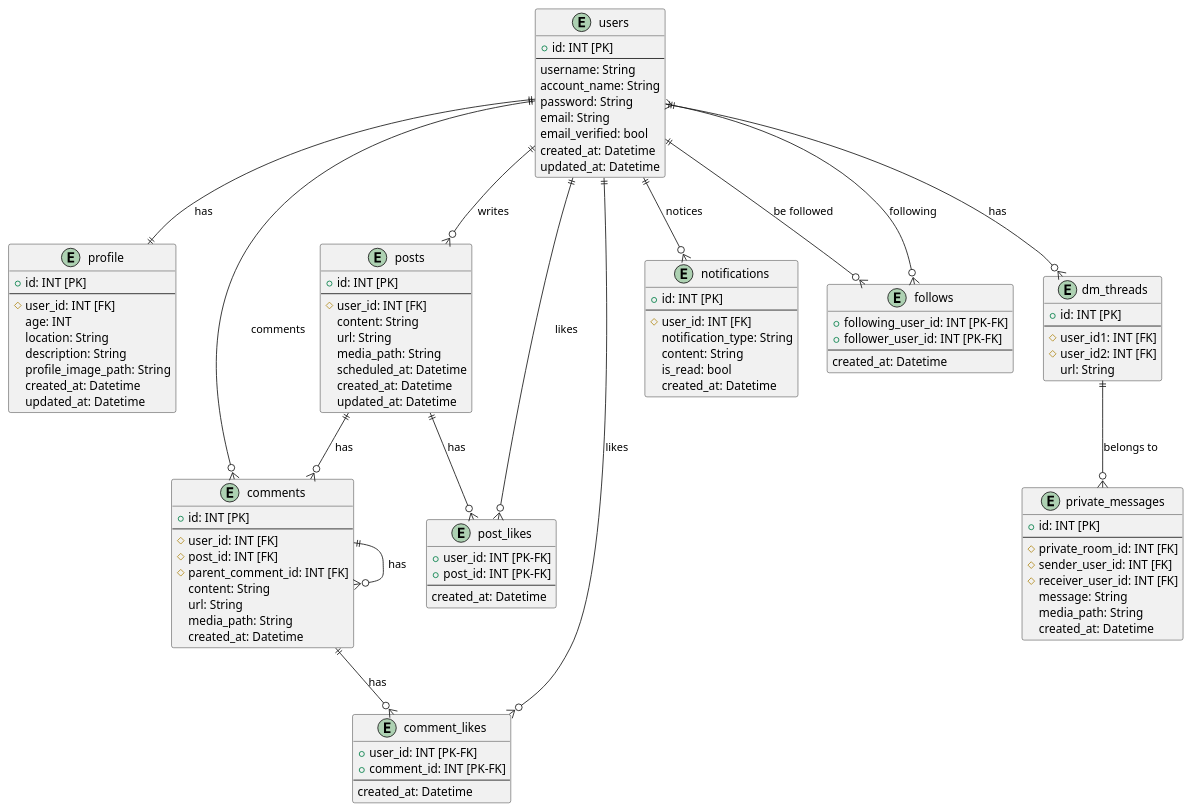
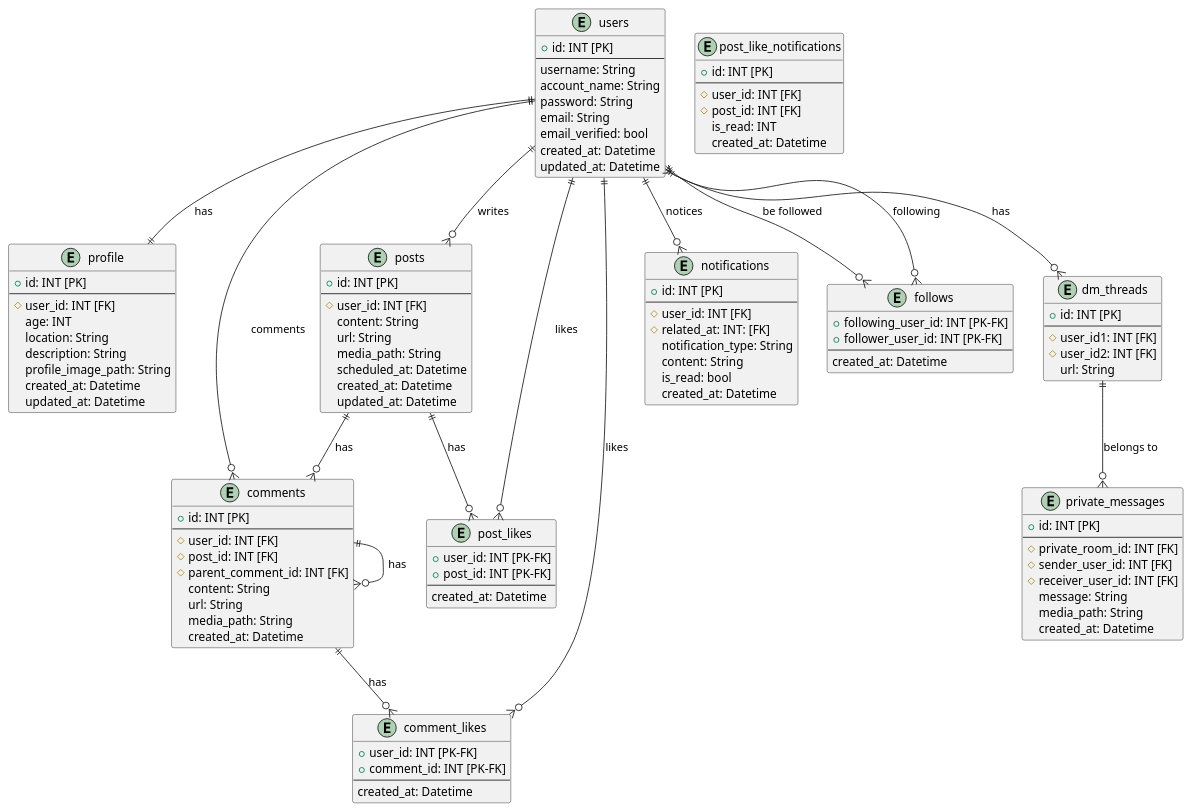
One commit to AkinoJoey/SocialNetworkingService changed the diagram in diagrams/er/er.pu. Above: the diagram before and after it, drawn with PlantUML. The commit also changed 4 other files, not shown here.

Commit message:
post_like_notificationを追加

```diff
--- a/diagrams/er/er.pu
+++ b/diagrams/er/er.pu
@@ -1,117 +1,127 @@
 @startuml er
 
 Entity users{
     + id: INT [PK]
     --
     username: String
     account_name: String
     password: String
     email: String
     email_verified: bool
     created_at: Datetime
     updated_at: Datetime
 }
 
 Entity profile{
     + id: INT [PK]
     --
     # user_id: INT [FK]
     age: INT
     location: String
     description: String
     profile_image_path: String
     created_at: Datetime
     updated_at: Datetime
 }
 
 Entity posts{
     + id: INT [PK]
     --
     # user_id: INT [FK]
     content: String
     url: String
     media_path: String
     scheduled_at: Datetime
     created_at: Datetime
     updated_at: Datetime
 }
 
 Entity comments{
     + id: INT [PK]
     --
     # user_id: INT [FK]
     # post_id: INT [FK]
     # parent_comment_id: INT [FK]
     content: String
     url: String
     media_path: String
     created_at: Datetime
 }
 
 Entity post_likes{
     + user_id: INT [PK-FK]
     + post_id: INT [PK-FK]
     --
     created_at: Datetime
 }
 
 Entity comment_likes{
     + user_id: INT [PK-FK]
     + comment_id: INT [PK-FK]
     --
     created_at: Datetime
 }
 
 Entity notifications{
     + id: INT [PK]
     --
     # user_id: INT [FK]
+    # related_at: INT: [FK]
     notification_type: String
     content: String
     is_read: bool
     created_at: Datetime
 }
 
 Entity follows{
     + following_user_id: INT [PK-FK]
     + follower_user_id: INT [PK-FK]
     --
     created_at: Datetime
 }
 
 Entity dm_threads{
     + id: INT [PK]
     --
     # user_id1: INT [FK]
     # user_id2: INT [FK]
     url: String
 }
 
 Entity private_messages{
     + id: INT [PK]
     --
     # private_room_id: INT [FK]
     # sender_user_id: INT [FK]
     # receiver_user_id: INT [FK]
     message: String
     media_path: String
     created_at: Datetime
 }
 
+Entity post_like_notifications{
+    + id: INT [PK]
+    --
+    # user_id: INT [FK]
+    # post_id: INT [FK]
+    is_read: INT
+    created_at: Datetime
+}
+
 
 users ||--o{ posts: writes
 users ||--o{ comments: comments
 posts ||--o{ comments: has
 posts ||--o{ post_likes: has
 comments ||--o{ comment_likes: has
 comments ||--o{ comments: has
 users ||--o{ follows: following
 users ||--o{ follows: be followed
 users ||--o{ notifications: notices
 users ||--o{ post_likes: likes
 users ||--o{ comment_likes: likes
 users ||--|| profile: has
 users }|--o{ dm_threads: has
 dm_threads ||--o{ private_messages: belongs to 
 
 @enduml
```
